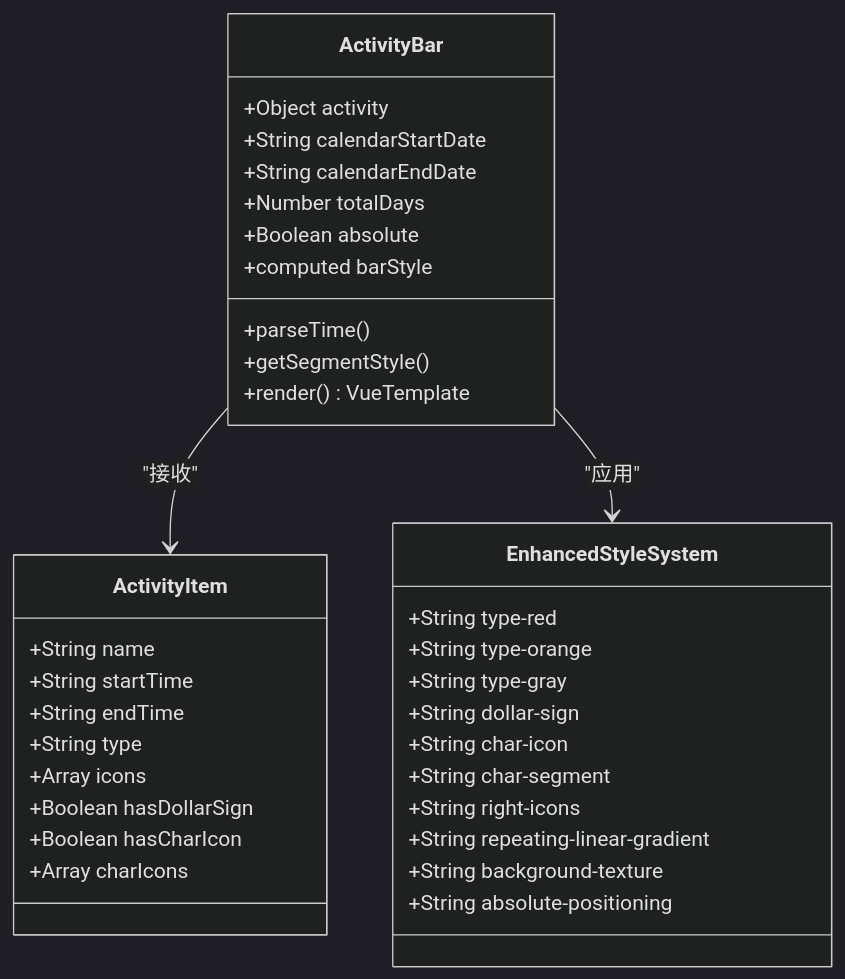
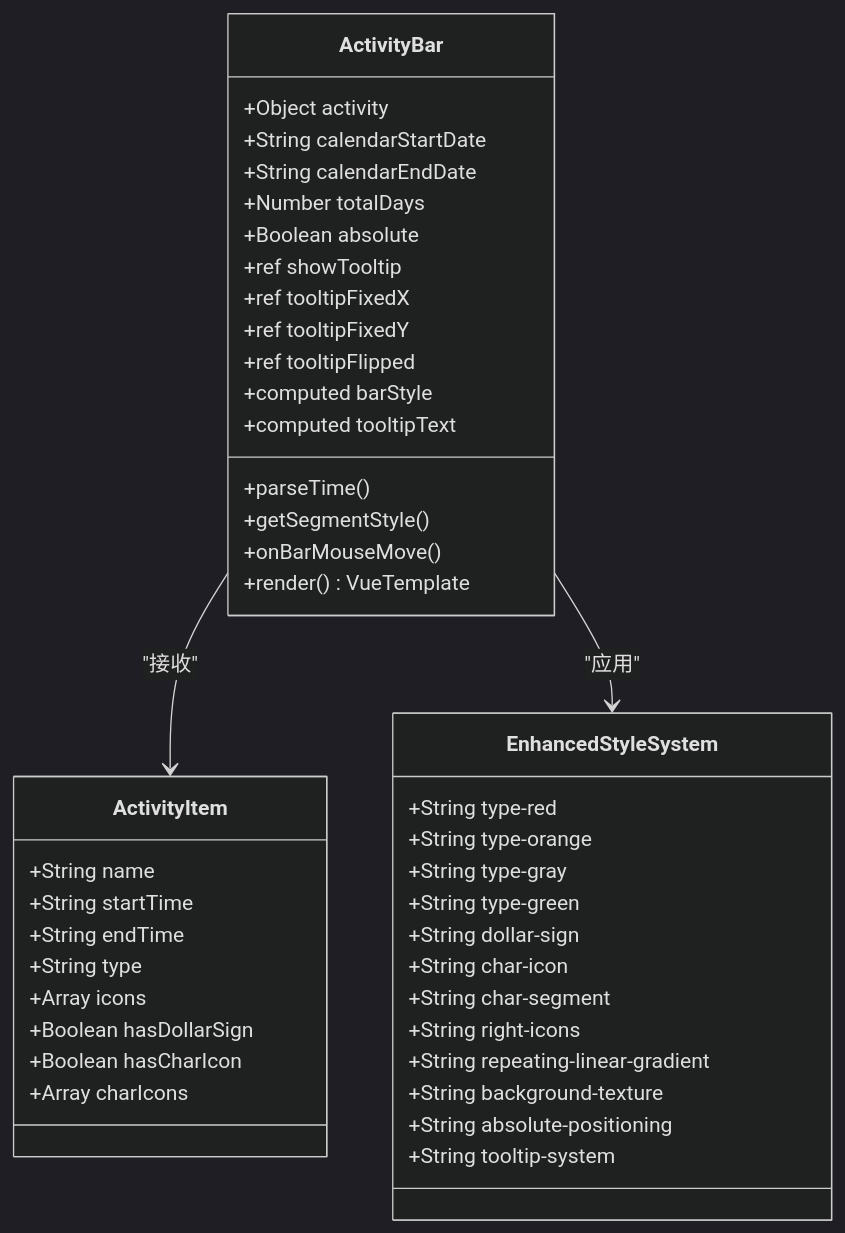
One commit to xuanyulingnfeg/gameCalendar changed the seventh of 10 diagrams in .qoder/repowiki/zh/content/核心组件/ActivityBar 活动条目组件.md. Above: the diagram before and after it, drawn with Mermaid (dark theme). The commit also changed other lines of this file and 4 other files, not shown here.

````diff
--- a/.qoder/repowiki/zh/content/核心组件/ActivityBar 活动条目组件.md
+++ b/.qoder/repowiki/zh/content/核心组件/ActivityBar 活动条目组件.md
@@ -273,38 +313,46 @@
 ```mermaid
 classDiagram
 class ActivityBar {
 +Object activity
 +String calendarStartDate
 +String calendarEndDate
 +Number totalDays
 +Boolean absolute
++ref showTooltip
++ref tooltipFixedX
++ref tooltipFixedY
++ref tooltipFlipped
 +computed barStyle
++computed tooltipText
 +parseTime()
 +getSegmentStyle()
++onBarMouseMove()
 +render() VueTemplate
 }
 class ActivityItem {
 +String name
 +String startTime
 +String endTime
 +String type
 +Array icons
 +Boolean hasDollarSign
 +Boolean hasCharIcon
 +Array charIcons
 }
 class EnhancedStyleSystem {
 +String type-red
 +String type-orange
 +String type-gray
++String type-green
 +String dollar-sign
 +String char-icon
 +String char-segment
 +String right-icons
 +String repeating-linear-gradient
 +String background-texture
 +String absolute-positioning
++String tooltip-system
 }
 ActivityBar --> ActivityItem : "接收"
 ActivityBar --> EnhancedStyleSystem : "应用"
 ```
````
